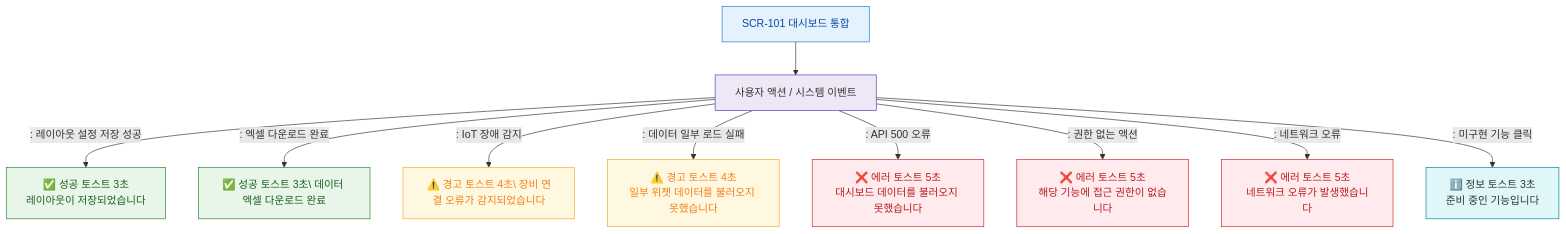
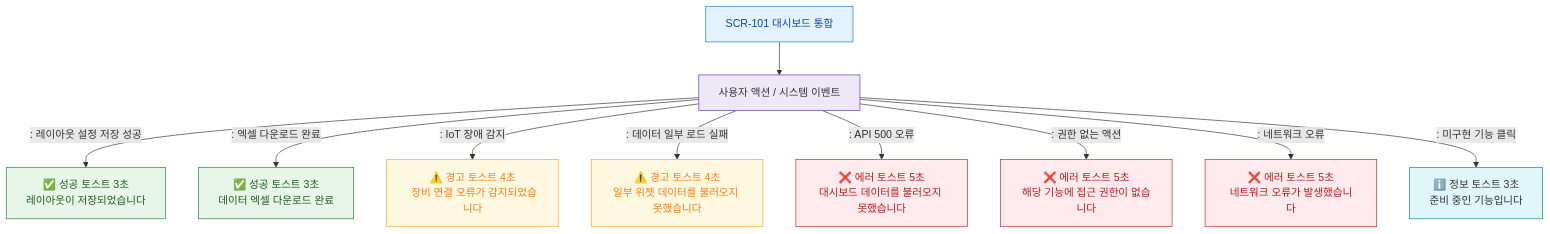
One commit to dev-spogym/admin-pando changed the diagram in docs/admin/다이어그램/D01_공통/SCR-101_대시보드_통합/F9_토스트.md. Above: the diagram before and after it, drawn with Mermaid. The commit also changed 369 other files, not shown here.

````diff
--- a/docs/admin/다이어그램/D01_공통/SCR-101_대시보드_통합/F9_토스트.md
+++ b/docs/admin/다이어그램/D01_공통/SCR-101_대시보드_통합/F9_토스트.md
@@ -17,29 +17,29 @@
 ```mermaid
 flowchart TD
     SCR_101[SCR-101 대시보드 통합] --> ACTIONS[사용자 액션 / 시스템 이벤트]
 
     ACTIONS -->|": 레이아웃 설정 저장 성공"|T_SUCCESS_1[✅ 성공 토스트 3초\n레이아웃이 저장되었습니다]
-    ACTIONS -->|": 엑셀 다운로드 완료"|T_SUCCESS_2[✅ 성공 토스트 3초\ 데이터 엑셀 다운로드 완료]
+    ACTIONS -->|": 엑셀 다운로드 완료"|T_SUCCESS_2[✅ 성공 토스트 3초<br/> 데이터 엑셀 다운로드 완료]
 
-    ACTIONS -->|": IoT 장애 감지"|T_WARN_1[⚠️ 경고 토스트 4초\ 장비 연결 오류가 감지되었습니다]
+    ACTIONS -->|": IoT 장애 감지"|T_WARN_1[⚠️ 경고 토스트 4초<br/> 장비 연결 오류가 감지되었습니다]
     ACTIONS -->|": 데이터 일부 로드 실패"|T_WARN_2[⚠️ 경고 토스트 4초\n일부 위젯 데이터를 불러오지 못했습니다]
 
     ACTIONS -->|": API 500 오류"|T_ERR_1[❌ 에러 토스트 5초\n대시보드 데이터를 불러오지 못했습니다]
     ACTIONS -->|": 권한 없는 액션"|T_ERR_2[❌ 에러 토스트 5초\n해당 기능에 접근 권한이 없습니다]
     ACTIONS -->|": 네트워크 오류"|T_ERR_3[❌ 에러 토스트 5초\n네트워크 오류가 발생했습니다]
 
     ACTIONS -->|": 미구현 기능 클릭"|T_INFO_1[ℹ️ 정보 토스트 3초\n준비 중인 기능입니다]
 
     classDef success fill:#E8F5E9,stroke:#2E7D32,color:#1B5E20
     classDef warning fill:#FFF8E1,stroke:#F9A825,color:#F57F17
     classDef error fill:#FFEBEE,stroke:#C62828,color:#B71C1C
     classDef info fill:#E0F7FA,stroke:#00838F
     classDef screen fill:#E3F2FD,stroke:#1976D2,color:#0D47A1
     classDef system fill:#EDE7F6,stroke:#5E35B2
     class T_SUCCESS_1,T_SUCCESS_2 success
     class T_WARN_1,T_WARN_2 warning
     class T_ERR_1,T_ERR_2,T_ERR_3 error
     class T_INFO_1 info
     class SCR_101 screen
     class ACTIONS system
 ```
````
